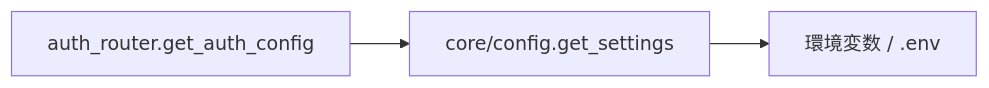
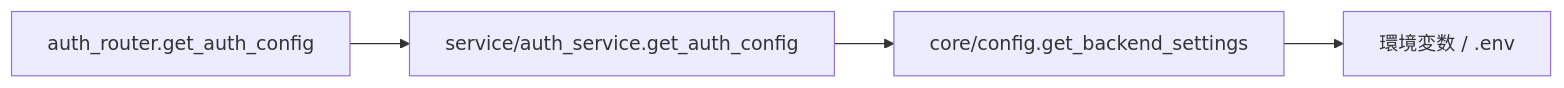
Before and after one commit to oikawa-d/task_management: the third of 3 diagrams in docs/detailed_design/api/auth/05_get_auth_config.md, drawn with Mermaid. The commit also changed other lines of this file and 10 other files, not shown here.

````diff
--- a/docs/detailed_design/api/auth/05_get_auth_config.md
+++ b/docs/detailed_design/api/auth/05_get_auth_config.md
@@ -118,5 +131,6 @@
 ```mermaid
 flowchart LR
-    R["auth_router.get_auth_config"] --> SET["core/config.get_settings"]
+    R["auth_router.get_auth_config"] --> S["service/auth_service.get_auth_config"]
+    S --> SET["core/config.get_backend_settings"]
     SET --> ENV["環境変数 / .env"]
 ```
````
